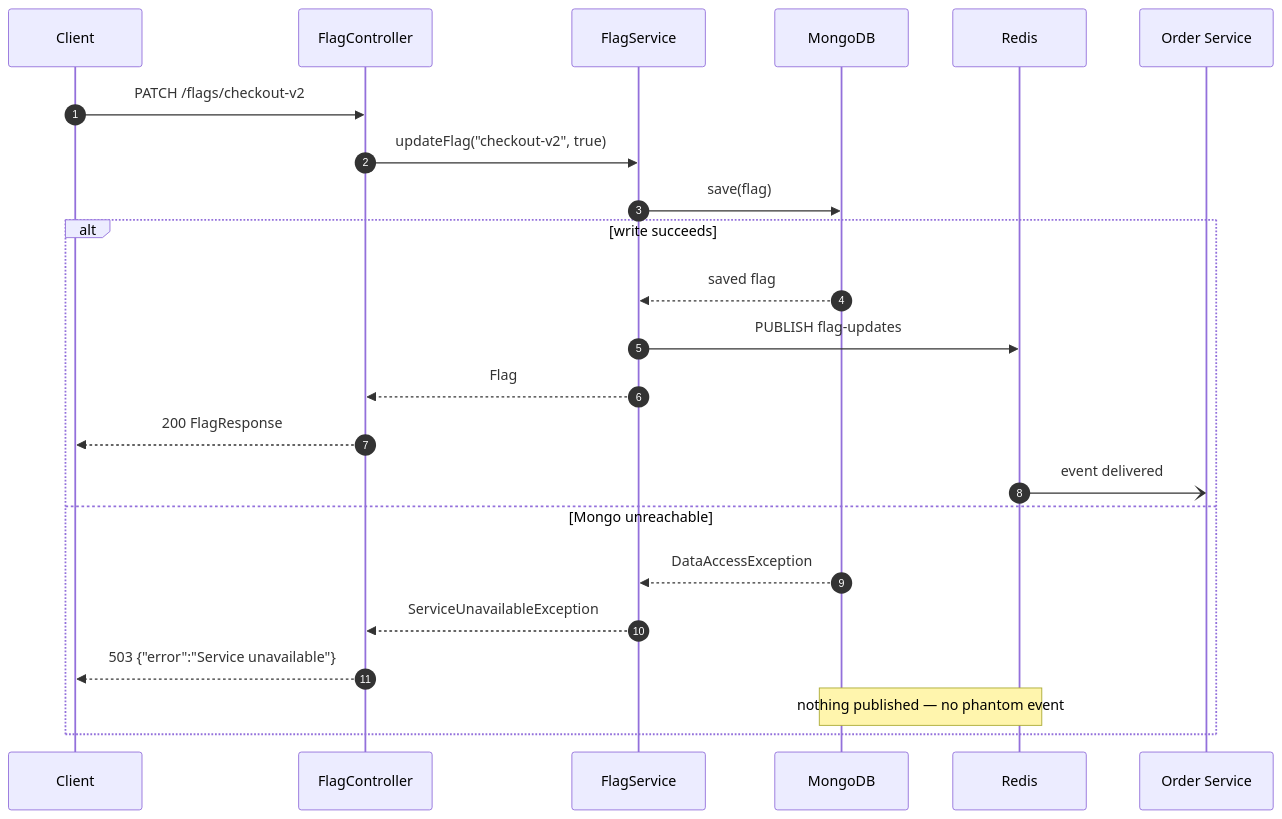
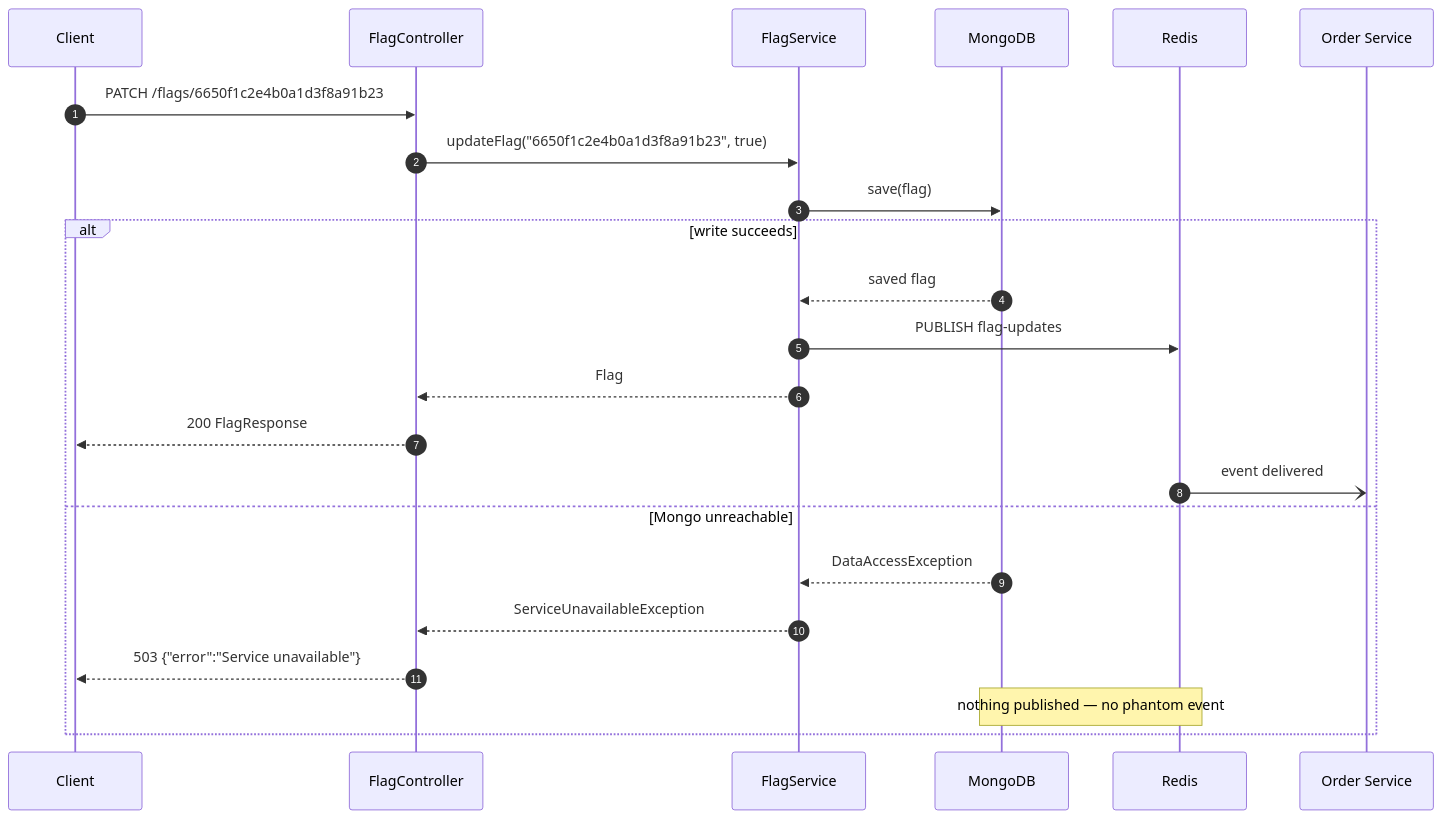
One commit to nitinryali/FF-Service changed the third of 4 diagrams in README.md. Above: the diagram before and after it, drawn with Mermaid. The commit also changed other lines of this file and 5 other files, not shown here.

````diff
--- a/README.md
+++ b/README.md
@@ -181,26 +181,26 @@
 ```mermaid
 sequenceDiagram
     autonumber
     participant C as Client
     participant FC as FlagController
     participant FS as FlagService
     participant M as MongoDB
     participant R as Redis
     participant O as Order Service
 
-    C->>FC: PATCH /flags/checkout-v2
-    FC->>FS: updateFlag("checkout-v2", true)
+    C->>FC: PATCH /flags/6650f1c2e4b0a1d3f8a91b23
+    FC->>FS: updateFlag("6650f1c2e4b0a1d3f8a91b23", true)
     FS->>M: save(flag)
     alt write succeeds
         M-->>FS: saved flag
         FS->>R: PUBLISH flag-updates
         FS-->>FC: Flag
         FC-->>C: 200 FlagResponse
         R-)O: event delivered
     else Mongo unreachable
         M-->>FS: DataAccessException
         FS-->>FC: ServiceUnavailableException
         FC-->>C: 503 {"error":"Service unavailable"}
         Note over R,M: nothing published — no phantom event
     end
 ```
````
